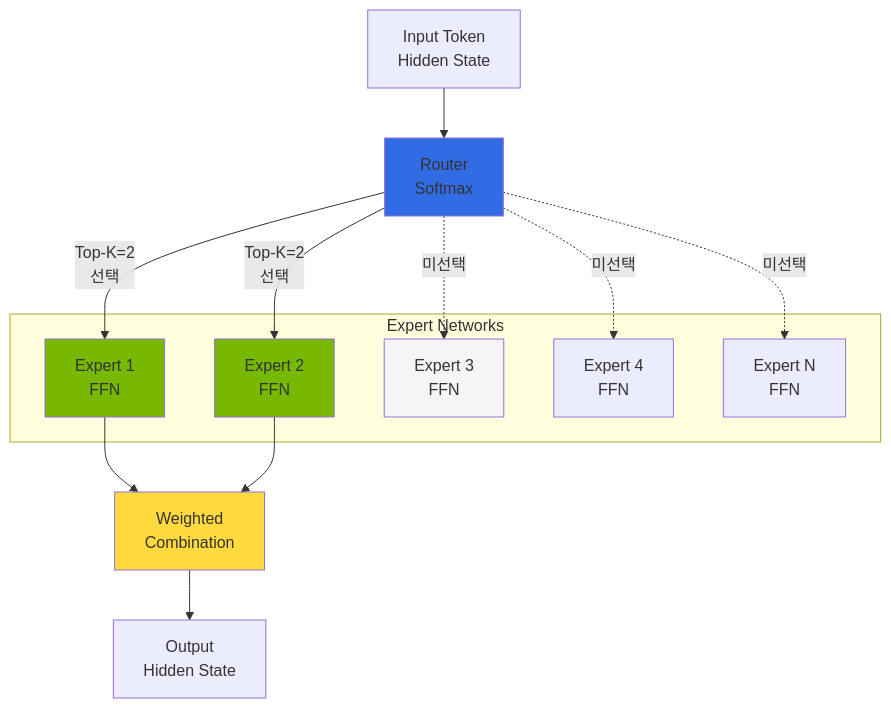
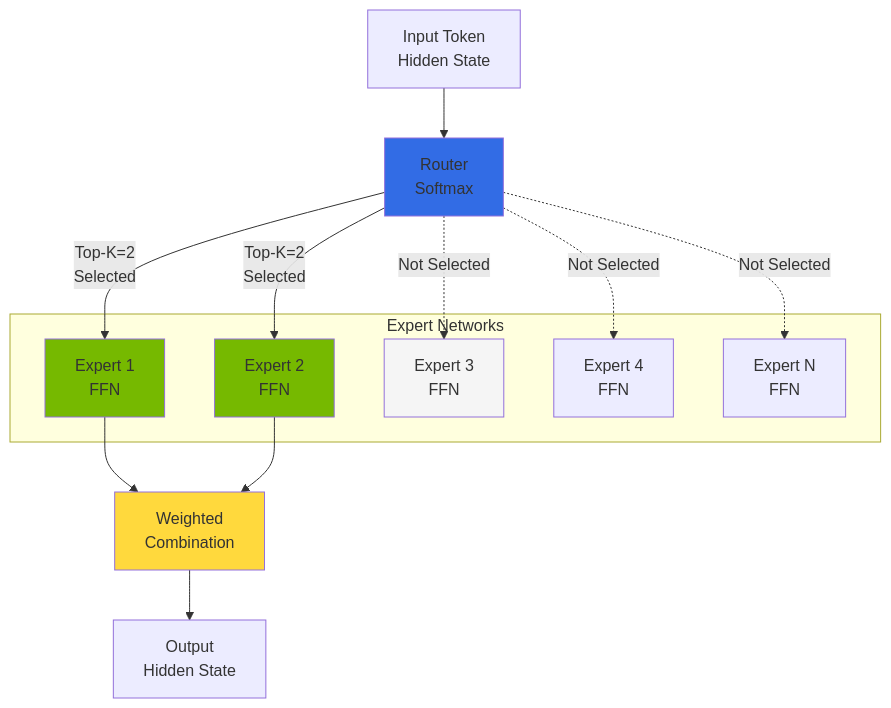
The first of 6 diagrams in docs/agentic-ai-platform/model-serving/inference-frameworks/moe-model-serving.md (devfloor9/engineering-playbook), drawn with Mermaid before and after one commit. The commit also changed other lines of this file and 954 other files, not shown here.

````diff
--- a/docs/agentic-ai-platform/model-serving/inference-frameworks/moe-model-serving.md
+++ b/docs/agentic-ai-platform/model-serving/inference-frameworks/moe-model-serving.md
@@ -46,33 +46,33 @@
 ```mermaid
 flowchart TB
     INPUT[Input Token<br/>Hidden State]
 
     GATE[Router<br/>Softmax]
 
     subgraph Experts["Expert Networks"]
         E1[Expert 1<br/>FFN]
         E2[Expert 2<br/>FFN]
         E3[Expert 3<br/>FFN]
         E4[Expert 4<br/>FFN]
         EN[Expert N<br/>FFN]
     end
 
     COMBINE[Weighted<br/>Combination]
     OUTPUT[Output<br/>Hidden State]
 
     INPUT --> GATE
-    GATE -->|Top-K=2<br/>선택| E1
-    GATE -->|Top-K=2<br/>선택| E2
-    GATE -.->|미선택| E3
-    GATE -.->|미선택| E4
-    GATE -.->|미선택| EN
+    GATE -->|Top-K=2<br/>Selected| E1
+    GATE -->|Top-K=2<br/>Selected| E2
+    GATE -.->|Not Selected| E3
+    GATE -.->|Not Selected| E4
+    GATE -.->|Not Selected| EN
     E1 --> COMBINE
     E2 --> COMBINE
     COMBINE --> OUTPUT
 
     style GATE fill:#326ce5
     style E1 fill:#76b900
     style E2 fill:#76b900
     style E3 fill:#f5f5f5
     style COMBINE fill:#ffd93d
 ```
````
